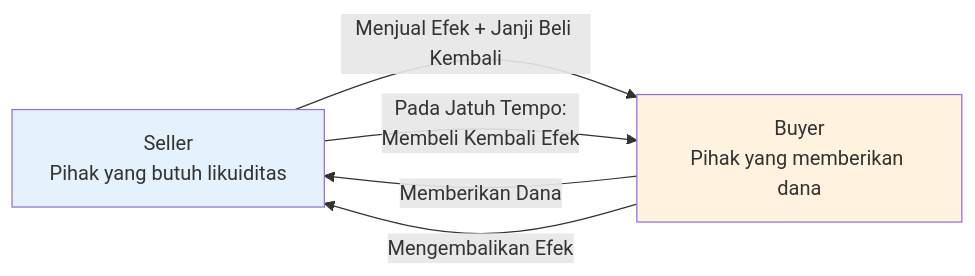
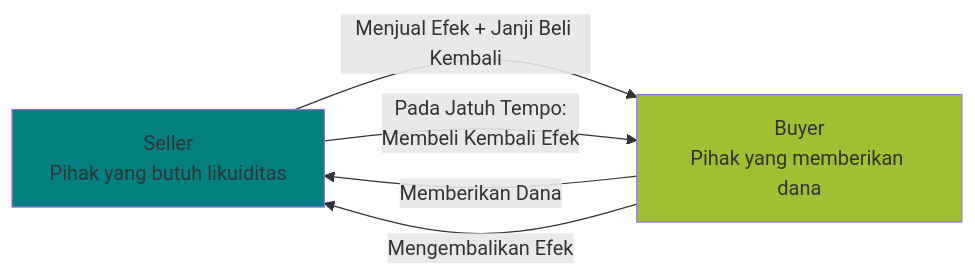
One commit to hifdzimaulana/beate-vivere changed the tenth of 12 diagrams in content/Lectures/uas-pasmod.md. Above: the diagram before and after it, drawn with Mermaid. The commit also changed other lines of this file, not shown here.

````diff
--- a/content/Lectures/uas-pasmod.md
+++ b/content/Lectures/uas-pasmod.md
@@ -941,10 +967,10 @@
 ```mermaid
 graph LR
     A[Seller<br/>Pihak yang butuh likuiditas] -->|Menjual Efek + Janji Beli Kembali| B[Buyer<br/>Pihak yang memberikan dana]
     B -->|Memberikan Dana| A
     A -->|Pada Jatuh Tempo:<br/>Membeli Kembali Efek| B
     B -->|Mengembalikan Efek| A
     
-    style A fill:#e3f2fd
-    style B fill:#fff3e0
+    style A fill:#008080
+    style B fill:#9FC131
 ```
````
